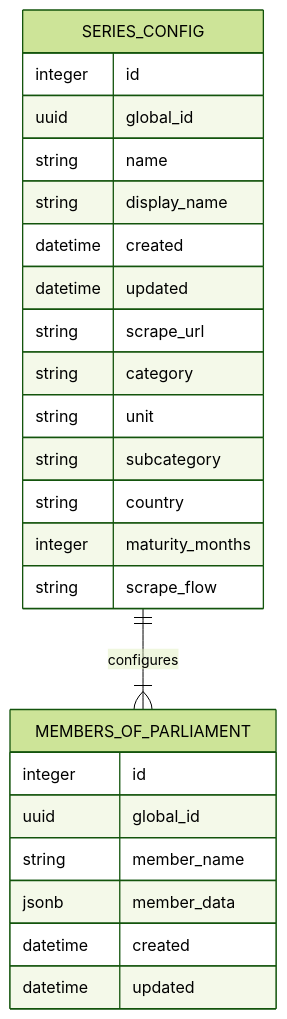
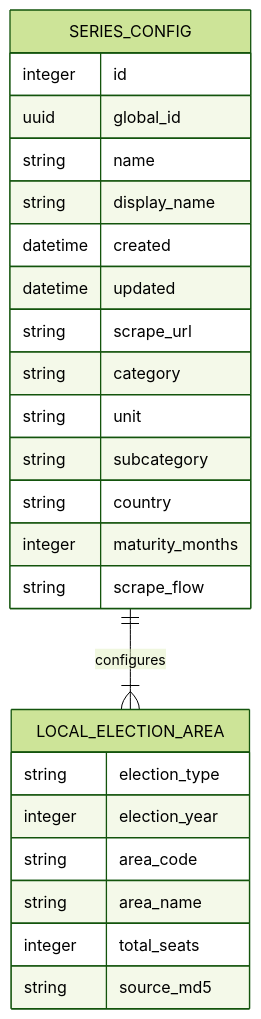
The third of 3 diagrams in macro-backend/macro-analyzer/README.md (KGjertsson/macro-hub), drawn with Mermaid (forest theme) before and after one commit. The commit also changed other lines of this file and 120 other files, not shown here.

````diff
--- a/macro-backend/macro-analyzer/README.md
+++ b/macro-backend/macro-analyzer/README.md
@@ -44,29 +44,29 @@
 ```mermaid
 erDiagram
-    SERIES_CONFIG ||--}| MEMBERS_OF_PARLIAMENT : configures
+    SERIES_CONFIG ||--}| LOCAL_ELECTION_AREA : configures
     
     SERIES_CONFIG {
         integer id
         uuid global_id
         string name
         string display_name
         datetime created
         datetime updated
         string scrape_url
         string category
         string unit
         string subcategory
         string country
         integer maturity_months
         string scrape_flow
     }
     
-    MEMBERS_OF_PARLIAMENT {
-        integer id
-        uuid global_id
-        string member_name
-        jsonb member_data
-        datetime created
-        datetime updated
+    LOCAL_ELECTION_AREA {
+        string election_type
+        integer election_year
+        string area_code
+        string area_name
+        integer total_seats
+        string source_md5
     }
 ```
````
